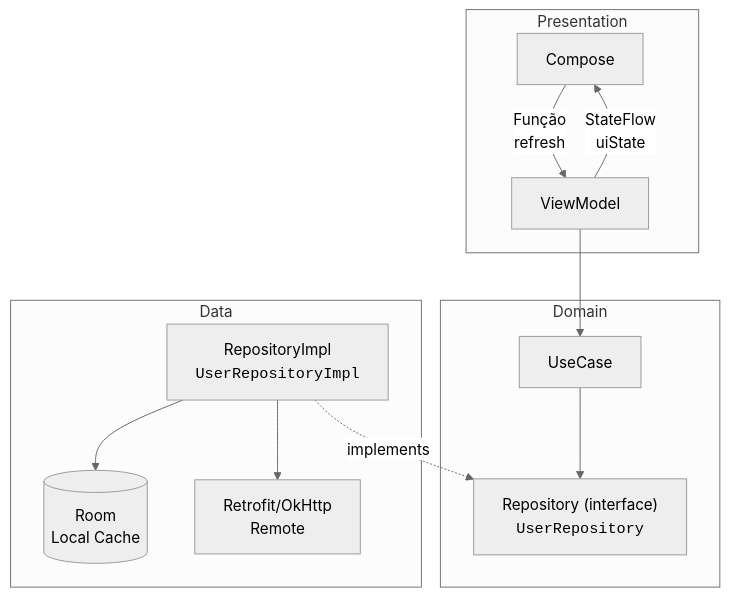
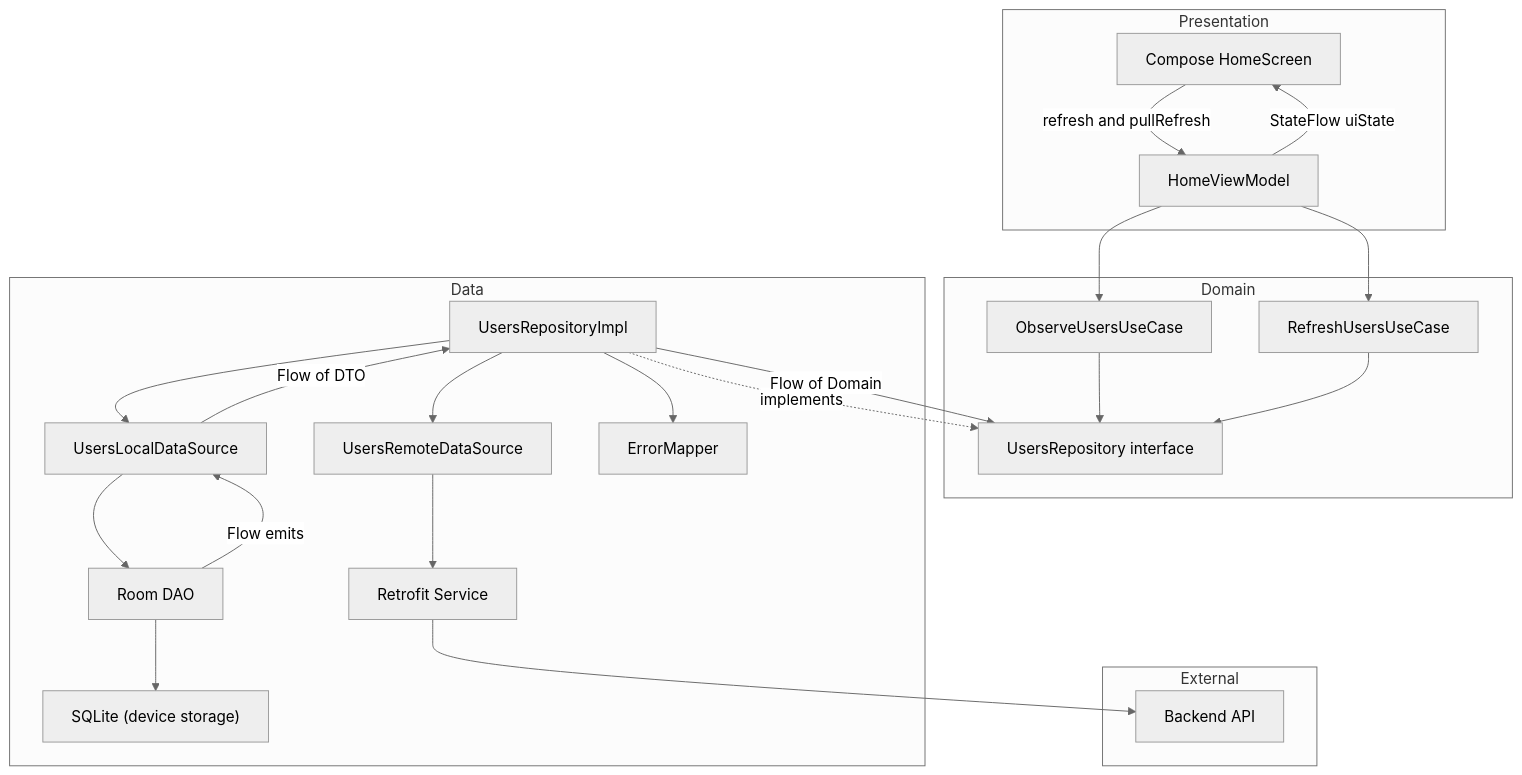
One commit to sabinabernardes/Desafio1 changed the diagram in README.md. Above: the diagram before and after it, drawn with Mermaid (neutral theme). The commit also changed other lines of this file, not shown here.

````diff
--- a/README.md
+++ b/README.md
@@ -66,25 +57,53 @@
 ```mermaid
-flowchart TD
-
+flowchart TB
   subgraph P["Presentation"]
-    UI[Compose] -->|Função<br/>refresh| VM[ViewModel]
-    VM -->|StateFlow<br/>uiState| UI
+    UI["Compose HomeScreen"] -->|refresh and pullRefresh| VM["HomeViewModel"]
+    VM -->|StateFlow uiState| UI
   end
 
   subgraph D["Domain"]
-    UC[UseCase]
-    IRepo["Repository (interface)<br/><code>UserRepository</code>"]
-    UC --> IRepo
+    OUC["ObserveUsersUseCase"] --> IRepo["UsersRepository interface"]
+    RUC["RefreshUsersUseCase"] --> IRepo
   end
 
   subgraph DA["Data"]
-    RepoImpl["RepositoryImpl<br/><code>UserRepositoryImpl</code>"]
-    ROOM[(Room<br/>Local Cache)]
-    RETRO[Retrofit/OkHttp<br/>Remote]
-    RepoImpl --> ROOM
-    RepoImpl --> RETRO
+    RepoImpl["UsersRepositoryImpl"]
+    LDS["UsersLocalDataSource"]
+    RDS["UsersRemoteDataSource"]
+    EM["ErrorMapper"]
+
+    ROOM["Room DAO"]
+    DB["SQLite (device storage)"]
+    RETRO["Retrofit Service"]
   end
 
-  VM --> UC
-  RepoImpl -.->|implements| IRepo
+  subgraph EXT["External"]
+    API["Backend API"]
+  end
+
+  %% ligações entre camadas
+  VM --> OUC
+  VM --> RUC
+  RepoImpl -. implements .-> IRepo
+
+  %% repo orquestra data sources
+  RepoImpl --> LDS
+  RepoImpl --> RDS
+  RepoImpl --> EM
+
+  %% local (offline-first)
+  LDS --> ROOM
+  ROOM --> DB
+  ROOM -->|Flow emits| LDS
+
+  %% remote
+  RDS --> RETRO
+  RETRO --> API
+
+  %% fluxo de dados observado subindo
+  LDS -->|Flow of DTO| RepoImpl
+  RepoImpl -->|Flow of Domain| IRepo
+
+
+
 ```
````
